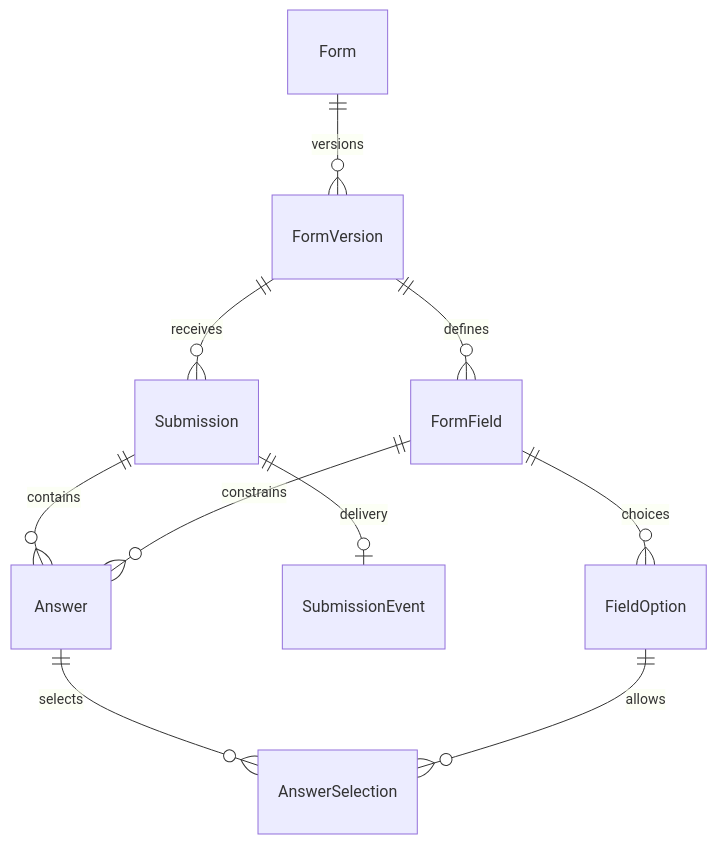
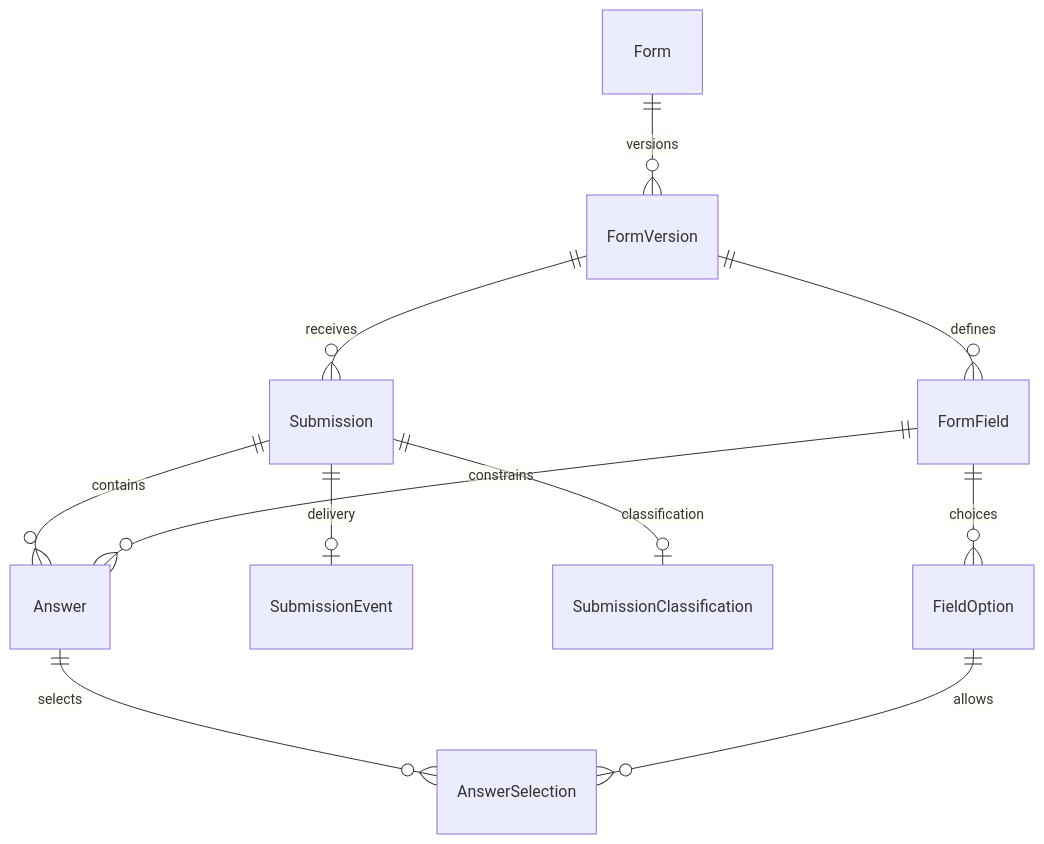
The diagram in docs/data-model.md (topcoder-platform/forms-api-v6), drawn with Mermaid before and after one commit. The commit also changed other lines of this file and 7 other files, not shown here.

````diff
--- a/docs/data-model.md
+++ b/docs/data-model.md
@@ -14,12 +14,13 @@
 ```mermaid
 erDiagram
     Form ||--o{ FormVersion : versions
     FormVersion ||--o{ FormField : defines
     FormField ||--o{ FieldOption : choices
     FormVersion ||--o{ Submission : receives
     Submission ||--o| SubmissionEvent : delivery
+    Submission ||--o| SubmissionClassification : classification
     Submission ||--o{ Answer : contains
     FormField ||--o{ Answer : constrains
     Answer ||--o{ AnswerSelection : selects
     FieldOption ||--o{ AnswerSelection : allows
 ```
````
